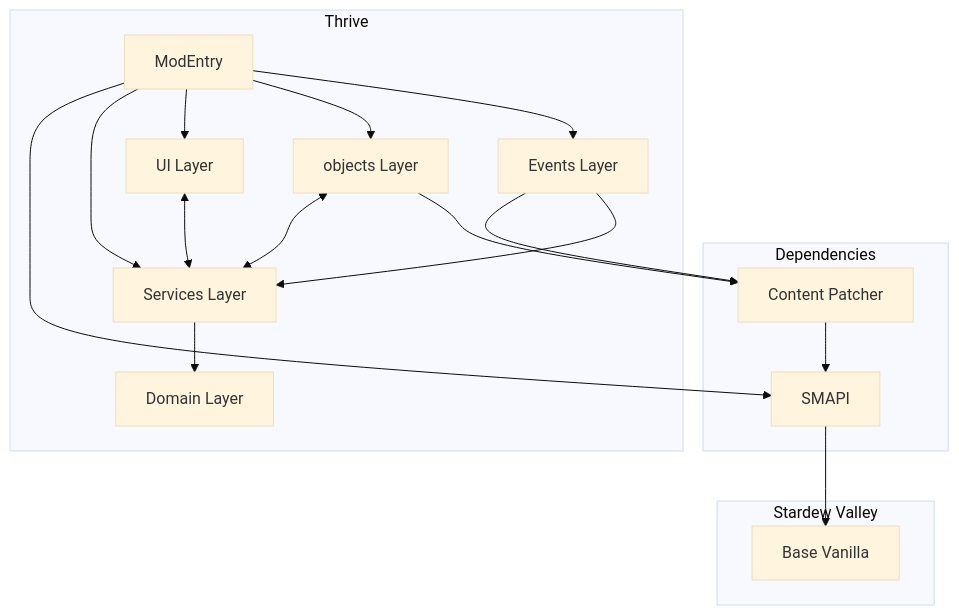
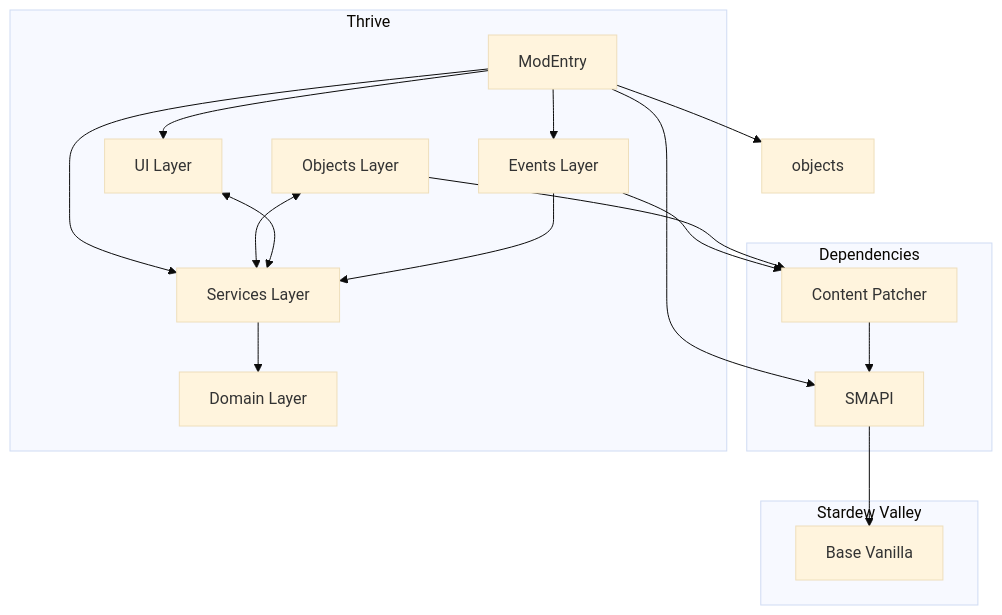
The diagram in docs/Design.md (GXatBuffalo/Thrive-Stardew-Mod), drawn with Mermaid (base theme) before and after one commit. The commit also changed other lines of this file, not shown here.

````diff
--- a/docs/Design.md
+++ b/docs/Design.md
@@ -146,39 +146,39 @@
 ```mermaid
 graph TD
     subgraph Stardew Valley
         BV[Base Vanilla]
     end
 
     subgraph Dependencies
         SMAPI
         CP[Content Patcher]
     end
 
     subgraph Thrive
         ME[ModEntry]
         UI[UI Layer]
-        objects[objects Layer]
+        Objects[Objects Layer]
         Services[Services Layer]
         Events[Events Layer]
         Domain[Domain Layer]
     end
 
     SMAPI --> BV
 
     CP --> SMAPI
     ME --> SMAPI
 
     Events --> CP
 
     ME --> Services
     ME --> UI
     ME --> objects
     ME --> Events
 
     Services --> Domain
-    objects <--> Services
+    Objects <--> Services
     UI <--> Services
     Events --> Services
-    objects --> CP
+    Objects --> CP
 
 ```
````
